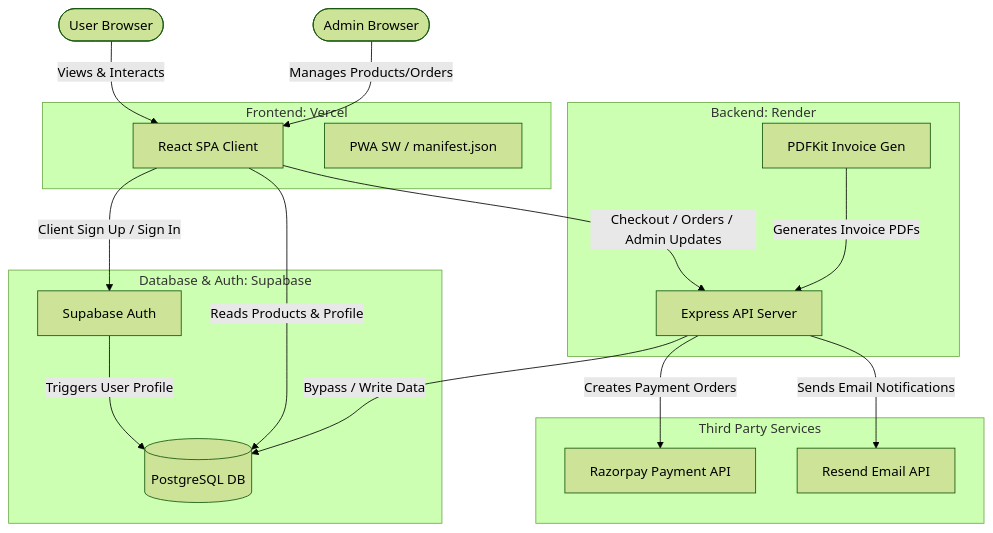
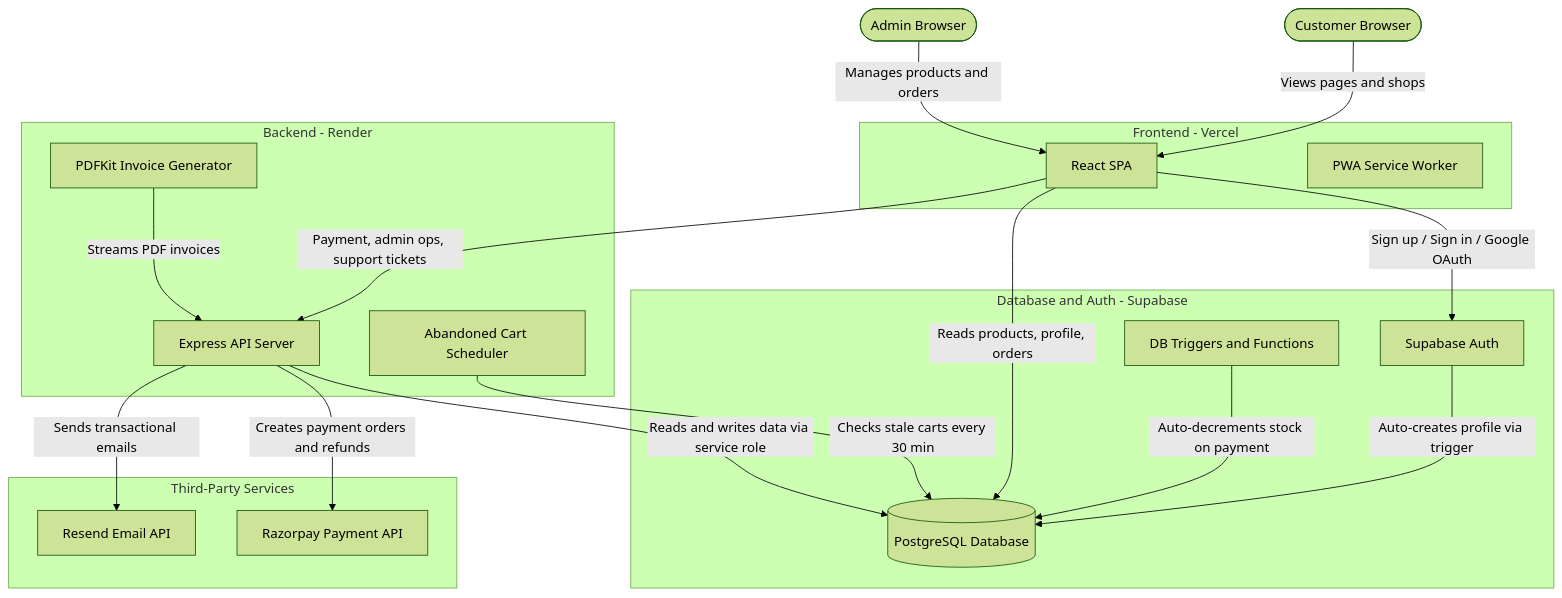
One commit to jsprabhu19/rocky-shoes changed the first of 13 diagrams in artifacts/technical_design_document.md. Above: the diagram before and after it, drawn with Mermaid (forest theme). The commit also changed other lines of this file, not shown here.

````diff
--- a/artifacts/technical_design_document.md
+++ b/artifacts/technical_design_document.md
@@ -11,50 +82,44 @@
 ```mermaid
 graph TD
-    %% Clients
-    User([User Browser])
-    Admin([Admin Browser])
+    User(["Customer Browser"])
+    Admin(["Admin Browser"])
 
-    %% Frontend Hosting
-    subgraph Vercel_Hosting [Frontend: Vercel]
-        FE[React SPA Client]
-        PWA[PWA SW / manifest.json]
+    subgraph Vercel ["Frontend - Vercel"]
+        SPA["React SPA"]
+        PWA["PWA Service Worker"]
     end
 
-    %% Backend Services
-    subgraph Node_Backend [Backend: Render]
-        Express[Express API Server]
-        PDFGen[PDFKit Invoice Gen]
+    subgraph Render ["Backend - Render"]
+        Express["Express API Server"]
+        PDFGen["PDFKit Invoice Generator"]
+        AbandonedCarts["Abandoned Cart Scheduler"]
     end
 
-    %% Third-party APIs
-    subgraph Third_Party [Third Party Services]
-        Razorpay[Razorpay Payment API]
-        Resend[Resend Email API]
+    subgraph ThirdParty ["Third-Party Services"]
+        Razorpay["Razorpay Payment API"]
+        Resend["Resend Email API"]
     end
 
-    %% Supabase DB & Auth
-    subgraph Supabase_Platform [Database & Auth: Supabase]
-        Auth[Supabase Auth]
-        DB[(PostgreSQL DB)]
+    subgraph Supabase ["Database and Auth - Supabase"]
+        Auth["Supabase Auth"]
+        DB[("PostgreSQL Database")]
+        Triggers["DB Triggers and Functions"]
     end
 
-    %% Connections
-    User -->|Views & Interacts| FE
-    Admin -->|Manages Products/Orders| FE
-    
-    %% Auth Flows
-    FE -->|Client Sign Up / Sign In| Auth
-    Auth -->|Triggers User Profile| DB
-    
-    %% Direct Database Reads
-    FE -->|Reads Products & Profile| DB
-    
-    %% Backend API Calls
-    FE -->|Checkout / Orders / Admin Updates| Express
-    
-    %% Backend Integrations
-    Express -->|Bypass / Write Data| DB
-    Express -->|Creates Payment Orders| Razorpay
-    Express -->|Sends Email Notifications| Resend
-    PDFGen -->|Generates Invoice PDFs| Express
+    User -->|Views pages and shops| SPA
+    Admin -->|Manages products and orders| SPA
+
+    SPA -->|Sign up / Sign in / Google OAuth| Auth
+    Auth -->|Auto-creates profile via trigger| DB
+
+    SPA -->|Reads products, profile, orders| DB
+
+    SPA -->|Payment, admin ops, support tickets| Express
+
+    Express -->|Reads and writes data via service role| DB
+    Express -->|Creates payment orders and refunds| Razorpay
+    Express -->|Sends transactional emails| Resend
+    PDFGen -->|Streams PDF invoices| Express
+    AbandonedCarts -->|Checks stale carts every 30 min| DB
+    Triggers -->|Auto-decrements stock on payment| DB
 ```
````
